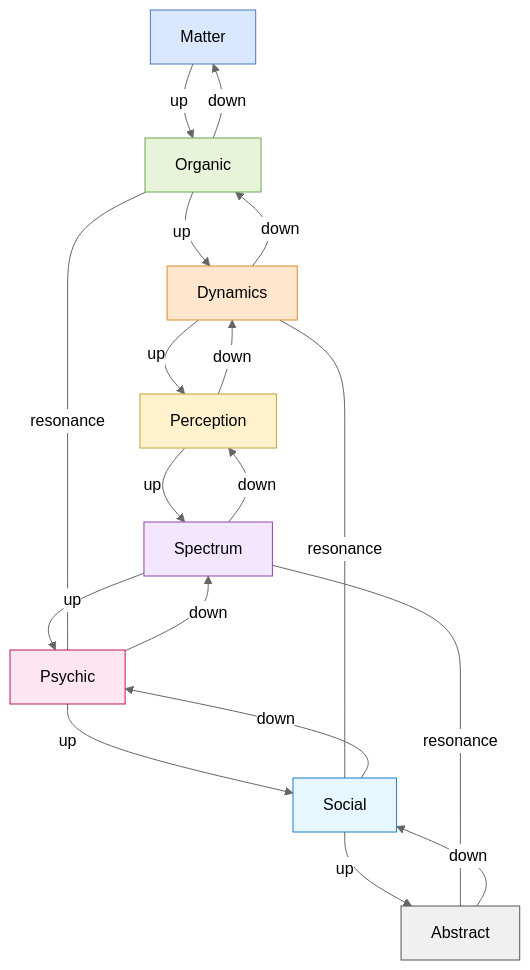
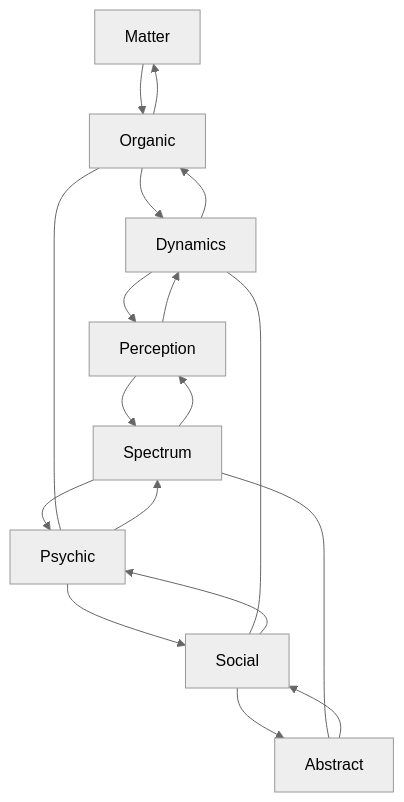
The fourth of 8 diagrams in whitepaper/Whitepaper‑Figures.mmd (sciganec/subit-atlas), drawn with Mermaid (neutral theme) before and after one commit. The commit also changed other lines of this file, not shown here.

````diff
--- a/whitepaper/Whitepaper‑Figures.mmd
+++ b/whitepaper/Whitepaper‑Figures.mmd
@@ -91,32 +71,34 @@
 ```mermaid
 graph TD
-
     M1["Matter"]
     M2["Organic"]
     M3["Dynamics"]
     M4["Perception"]
     M5["Spectrum"]
     M6["Psychic"]
     M7["Social"]
     M8["Abstract"]
 
     %% Upward
-    M1 -->|up| M2 -->|up| M3 -->|up| M4 -->|up| M5 -->|up| M6 -->|up| M7 -->|up| M8
+    M1 --> M2
+    M2 --> M3
+    M3 --> M4
+    M4 --> M5
+    M5 --> M6
+    M6 --> M7
+    M7 --> M8
 
     %% Downward
-    M8 -->|down| M7 -->|down| M6 -->|down| M5 -->|down| M4 -->|down| M3 -->|down| M2 -->|down| M1
+    M8 --> M7
+    M7 --> M6
+    M6 --> M5
+    M5 --> M4
+    M4 --> M3
+    M3 --> M2
+    M2 --> M1
 
     %% Resonance
-    M3 ---|resonance| M7
-    M5 ---|resonance| M8
-    M2 ---|resonance| M6
-
-    style M1 fill:#d9e8ff,stroke:#4a78c2
-    style M2 fill:#e8f4d9,stroke:#6aa84f
-    style M3 fill:#ffe6cc,stroke:#d98c2c
-    style M4 fill:#fff2cc,stroke:#c2a23a
-    style M5 fill:#f3e6ff,stroke:#8e44ad
-    style M6 fill:#fde6f2,stroke:#c2185b
-    style M7 fill:#e6f7ff,stroke:#1b7dbf
-    style M8 fill:#f0f0f0,stroke:#555
+    M3 --- M7
+    M5 --- M8
+    M2 --- M6
 ```
````
